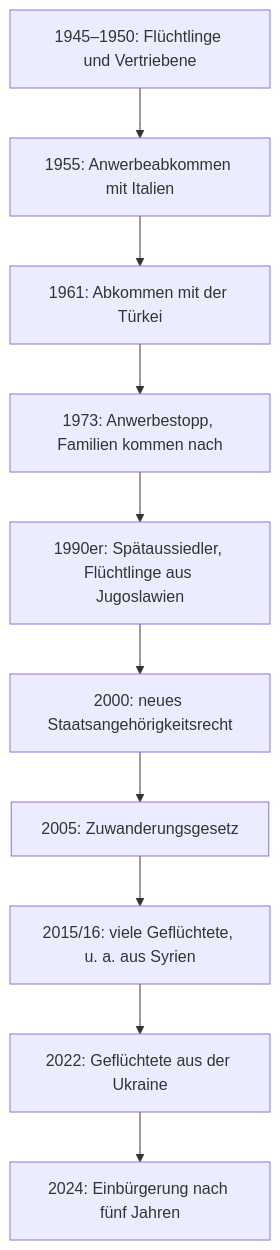
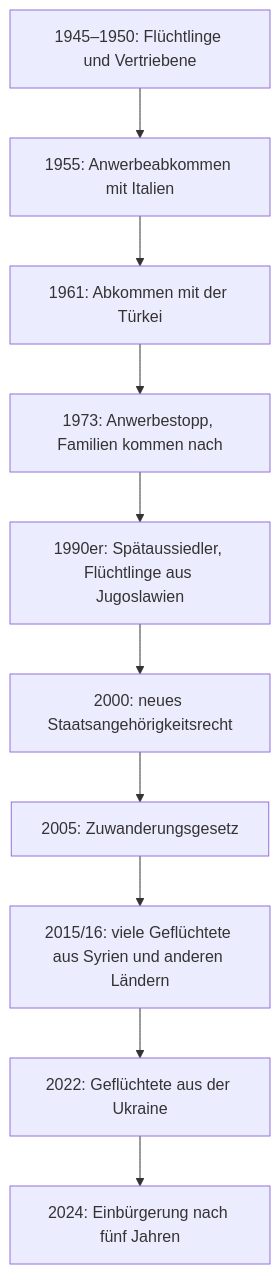
Before and after one commit to Aziliz/erudior: the diagram in content/languages/german-b1/lessons/93-einwanderung.md, drawn with Mermaid. The commit also changed 8 other files, not shown here.

````diff
--- a/content/languages/german-b1/lessons/93-einwanderung.md
+++ b/content/languages/german-b1/lessons/93-einwanderung.md
@@ -33,14 +33,14 @@
 ```mermaid
 flowchart TD
   accTitle: Stages of migration to Germany since 1945
   accDescr: A timeline from top to bottom. 1945 to 1950: about 12 million refugees and expellees. 1955: the first recruitment agreement, with Italy. 1961: agreement with Turkey. 1973: recruitment stop, families follow. 1990s: Spätaussiedler and refugees from Yugoslavia. 2000: children born in Germany can become citizens. 2005: first immigration law. 2015 and 2016: many refugees from Syria and other countries. 2022: refugees from Ukraine. 2024: naturalisation after five years.
   A["1945–1950: Flüchtlinge und Vertriebene"] --> B["1955: Anwerbeabkommen mit Italien"]
   B --> C["1961: Abkommen mit der Türkei"]
   C --> D["1973: Anwerbestopp, Familien kommen nach"]
   D --> E["1990er: Spätaussiedler, Flüchtlinge aus Jugoslawien"]
   E --> F["2000: neues Staatsangehörigkeitsrecht"]
   F --> G["2005: Zuwanderungsgesetz"]
-  G --> H["2015/16: viele Geflüchtete, u. a. aus Syrien"]
+  G --> H["2015/16: viele Geflüchtete aus Syrien und anderen Ländern"]
   H --> I["2022: Geflüchtete aus der Ukraine"]
   I --> J["2024: Einbürgerung nach fünf Jahren"]
 ```
````
